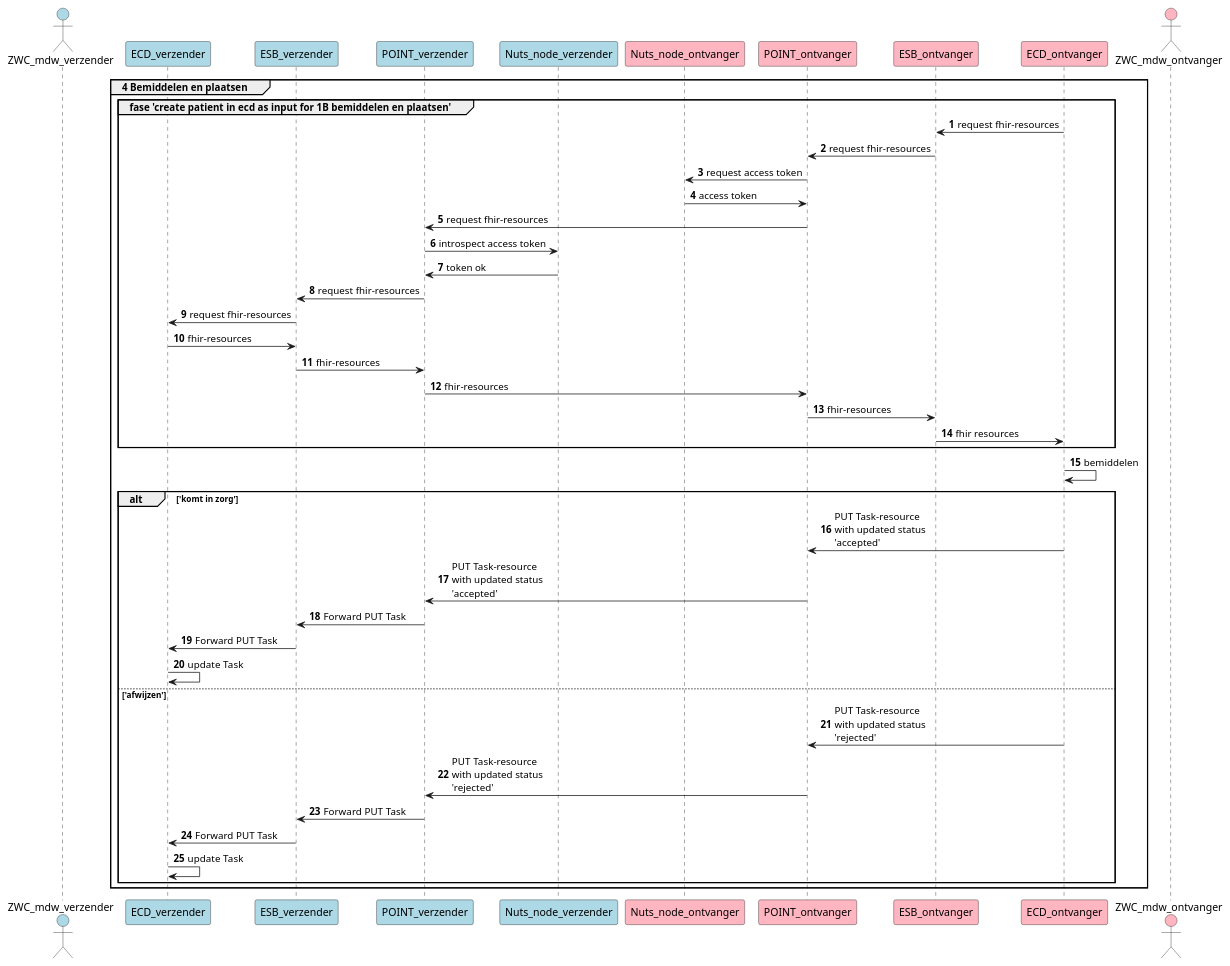
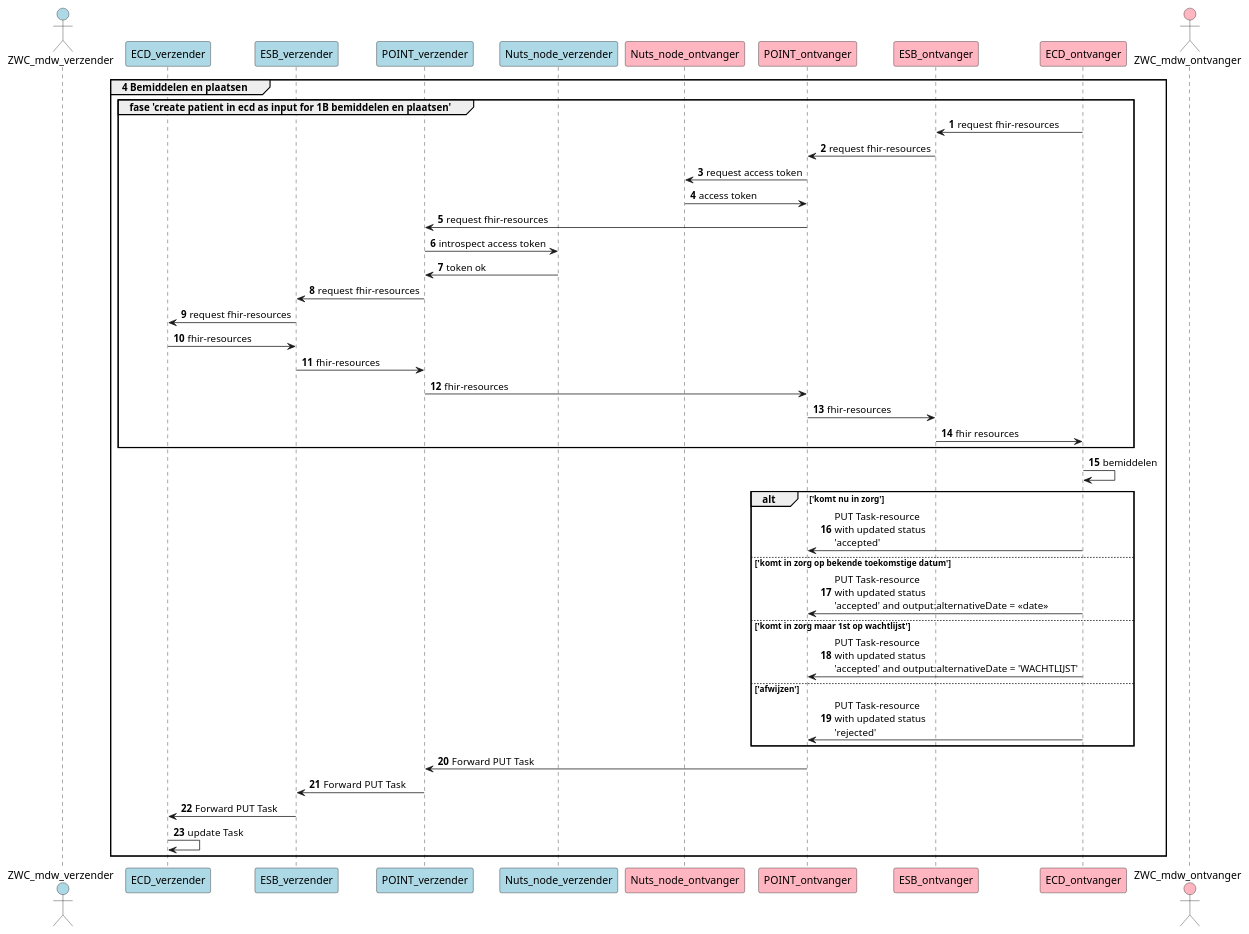
The diagram in eOverdracht Dichterbij fase 4.puml (jorritspee/plantuml-zorginzage-babyconnect), drawn with PlantUML before and after one commit.

Commit message:
added options future date and wachtlijst

```diff
--- a/eOverdracht Dichterbij fase 4.puml
+++ b/eOverdracht Dichterbij fase 4.puml
@@ -1,53 +1,56 @@
 @startuml
 actor ZWC_mdw_verzender #lightblue
 participant ECD_verzender #lightblue
 participant ESB_verzender #lightblue
 participant POINT_verzender #lightblue
 participant Nuts_node_verzender #lightblue
 
 participant Nuts_node_ontvanger #lightpink
 participant POINT_ontvanger #lightpink
 participant ESB_ontvanger #lightpink
 participant ECD_ontvanger #lightpink
 actor ZWC_mdw_ontvanger #lightpink
 
 autonumber
 
 group 4 Bemiddelen en plaatsen
   
   group fase 'create patient in ecd as input for 1B bemiddelen en plaatsen'
     ECD_ontvanger -> ESB_ontvanger: request fhir-resources
     ESB_ontvanger -> POINT_ontvanger: request fhir-resources
     POINT_ontvanger -> Nuts_node_ontvanger: request access token
     Nuts_node_ontvanger -> POINT_ontvanger: access token
     POINT_ontvanger -> POINT_verzender: request fhir-resources
     POINT_verzender -> Nuts_node_verzender: introspect access token
     Nuts_node_verzender -> POINT_verzender: token ok
     POINT_verzender -> ESB_verzender: request fhir-resources
     ESB_verzender -> ECD_verzender: request fhir-resources
     ECD_verzender -> ESB_verzender: fhir-resources
     ESB_verzender -> POINT_verzender: fhir-resources
     POINT_verzender -> POINT_ontvanger: fhir-resources
     POINT_ontvanger -> ESB_ontvanger: fhir-resources
     ESB_ontvanger -> ECD_ontvanger: fhir resources
   end group
 
   ECD_ontvanger -> ECD_ontvanger: bemiddelen
   
-  alt 'komt in zorg'
+  alt 'komt nu in zorg'
     ECD_ontvanger -> POINT_ontvanger: PUT Task-resource \nwith updated status\n'accepted'
-    POINT_ontvanger -> POINT_verzender: PUT Task-resource \nwith updated status\n'accepted'
-    POINT_verzender -> ESB_verzender: Forward PUT Task
-    ESB_verzender -> ECD_verzender: Forward PUT Task
-    ECD_verzender -> ECD_verzender: update Task
+
+  else 'komt in zorg op bekende toekomstige datum'
+    ECD_ontvanger -> POINT_ontvanger: PUT Task-resource \nwith updated status\n'accepted' and output:alternativeDate = <<date>>
+
+  else 'komt in zorg maar 1st op wachtlijst'
+    ECD_ontvanger -> POINT_ontvanger: PUT Task-resource \nwith updated status\n'accepted' and output:alternativeDate = 'WACHTLIJST'
 
   else 'afwijzen'
     ECD_ontvanger -> POINT_ontvanger: PUT Task-resource \nwith updated status\n'rejected'
-    POINT_ontvanger -> POINT_verzender: PUT Task-resource \nwith updated status\n'rejected'
-    POINT_verzender -> ESB_verzender: Forward PUT Task
-    ESB_verzender -> ECD_verzender: Forward PUT Task
-    ECD_verzender -> ECD_verzender: update Task
   end
+
+  POINT_ontvanger -> POINT_verzender: Forward PUT Task
+  POINT_verzender -> ESB_verzender: Forward PUT Task
+  ESB_verzender -> ECD_verzender: Forward PUT Task
+  ECD_verzender -> ECD_verzender: update Task
 
 end group
 @enduml
```
